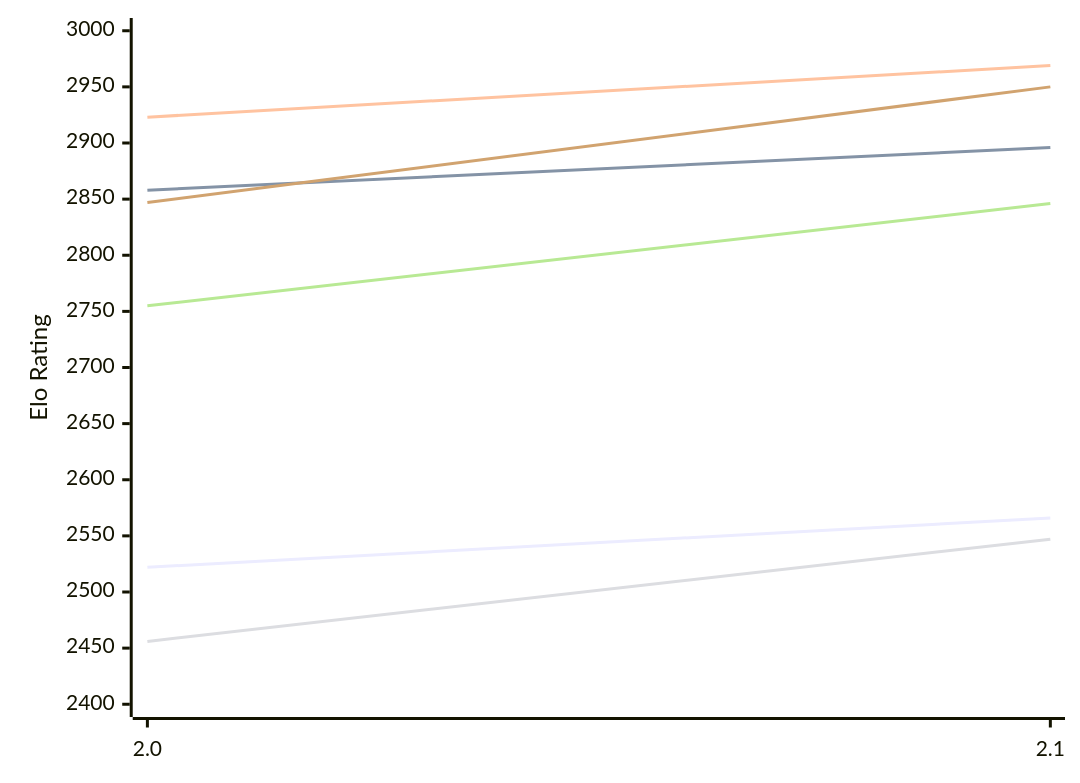
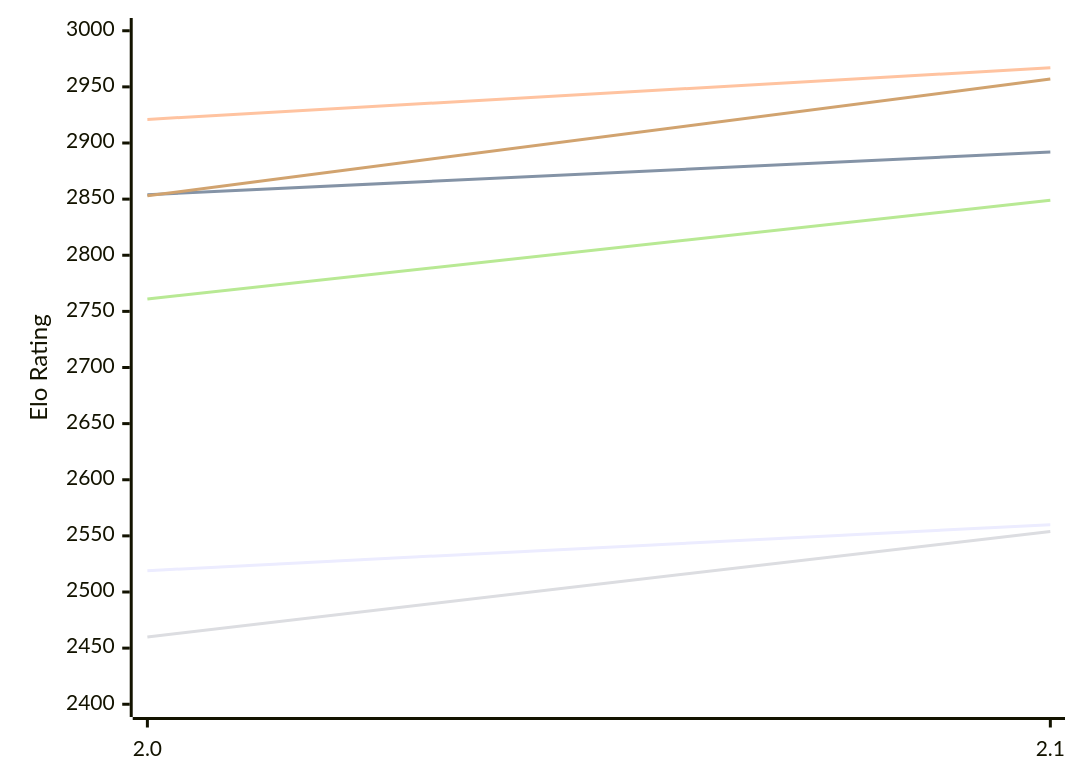
The first of 2 diagrams in engines/Noggin.md (computer-chess-index/cci), drawn with Mermaid before and after one commit. The commit also changed other lines of this file, not shown here.

Commit message:
Update CCI Ratings (ELO VLTC) - 2026-11-23

````diff
--- a/engines/Noggin.md
+++ b/engines/Noggin.md
@@ -50,12 +50,12 @@
 ```mermaid
 %%{init: {"theme":"base","themeVariables":{"seriesColors:['#a3a3a3','#222221','#faa371']}}}%%
 xychart-beta
   x-axis ["2.0", "2.1"]
   y-axis "Elo Rating" 2400 --> 3000
-  line "E1: STC (8.0+0.08s)" [2522, 2566]
-  line "E1: LTC (60.0+0.60s)" [2858, 2896]
-  line "E1: VLTC (2m24s+1.12s)" [2923, 2969]
-  line "P1: STC (8.0+0.08s)" [2456, 2547]
-  line "P1: LTC (60.0+0.60s)" [2755, 2846]
-  line "P1: VLTC (2m24s+1.12s)" [2847, 2950]
+  line "E1: STC (8.0+0.08s)" [2519, 2560]
+  line "E1: LTC (60.0+0.60s)" [2854, 2892]
+  line "E1: VLTC (2m24s+1.12s)" [2921, 2967]
+  line "P1: STC (8.0+0.08s)" [2460, 2554]
+  line "P1: LTC (60.0+0.60s)" [2761, 2849]
+  line "P1: VLTC (2m24s+1.12s)" [2853, 2957]
 ```
````
